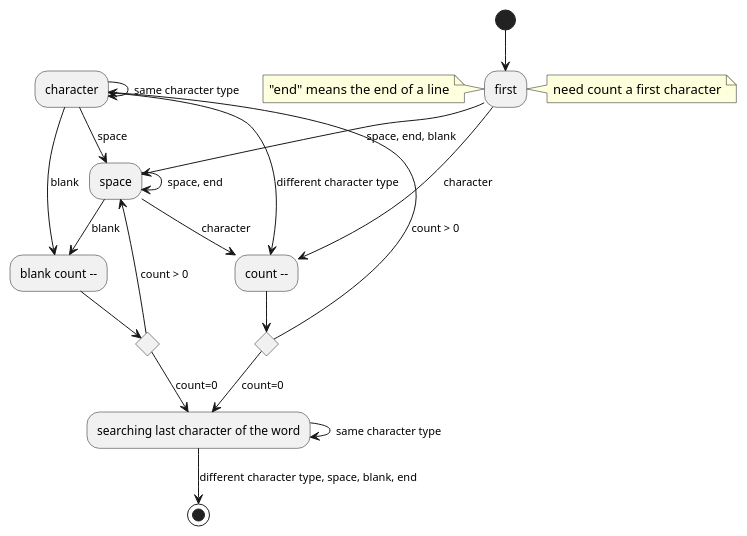
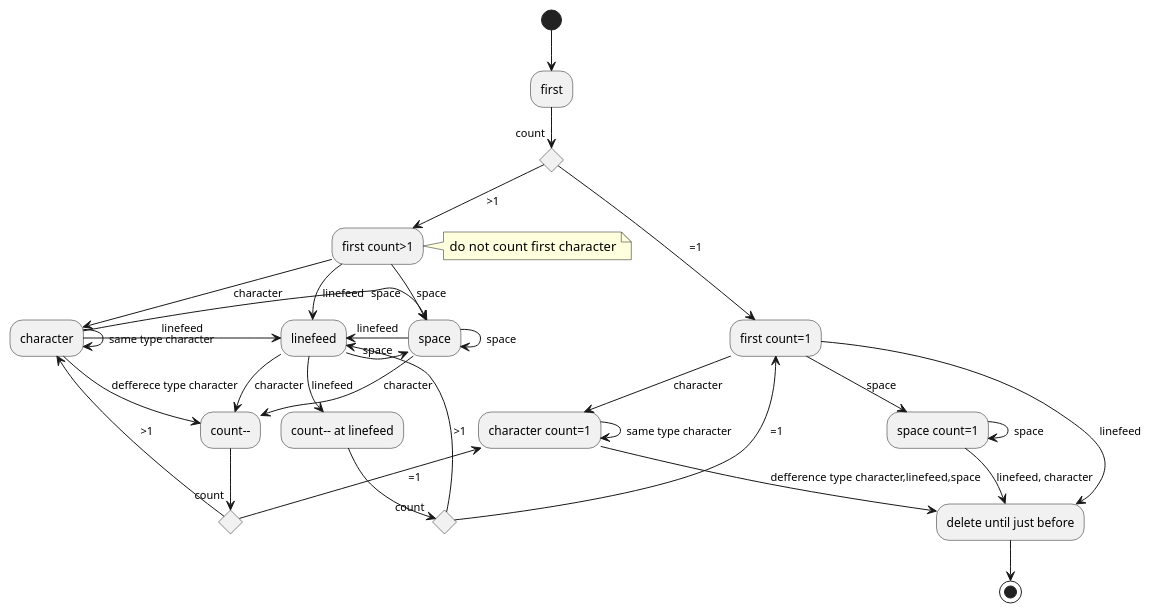
The diagram in src/motion/wordMorionStateModel/cutWord.plantuml (74th/vscode-vim), drawn with PlantUML before and after one commit. The commit also changed other lines of this file and 6 other files, not shown here.

```diff
--- a/src/motion/wordMorionStateModel/cutWord.plantuml
+++ b/src/motion/wordMorionStateModel/cutWord.plantuml
@@ -1,37 +1,44 @@
 @startuml
+
 (*) --> first
-
-note left
-"end" means the end of a line
-end note
-
-note right: need count a first character
-
-first --> [character] "count --"
-first --> [space, end, blank] space
-character --> [same character type] character
-character --> [space] space
-character -down-> [different character type] "count --"
-
-if "" then
---> [count=0] "searching last character of the word"
+if "count" then
+--> [ =1] "first count=1"
 else
--up-> [count > 0]character
+--> [>1] "first count>1"
+note right :do not count first character
 end if
 
-character --> [blank] "blank count --"
-if "" then
---> [count=0] "searching last character of the word"
+"first count=1" --> [character] "character count=1"
+"first count=1" --> [space] "space count=1"
+"first count=1" --> [linefeed] "delete until just before"
+"character count=1" --> [defference type character,linefeed,space] "delete until just before"
+"character count=1" -> [same type character] "character count=1"
+"space count=1" -> [space] "space count=1"
+"space count=1" --> [linefeed, character] "delete until just before"
+"delete until just before" --> (*)
+
+"first count>1" --> [character] "character"
+"first count>1" --> [space] "space"
+"first count>1" --> [linefeed] "linefeed"
+"character" --> [defferece type character] "count--"
+if "count" then
+-up-> [ =1] "character count=1"
 else
--up-> [count > 0] space
+-up-> [>1] "character"
 end if
-
-space -down-> [character] "count --"
-space -> [space, end] space
-space --> [blank] "blank count --"
-
-"searching last character of the word" --> [same character type] "searching last character of the word"
-"searching last character of the word" --> [different character type, space, blank, end] (*)
-
+"character" -> [same type character] "character"
+"character" -> [space] "space"
+"character" -> [linefeed] "linefeed"
+"space" --> [character] "count--"
+"space" -> [space] "space"
+"space" -> [linefeed] linefeed
+"linefeed" -down-> [linefeed] "count-- at linefeed"
+if "count" then
+-up-> [ =1] "first count=1"
+else
+-up-> [>1] "linefeed"
+end if
+"linefeed" --> [character] "count--"
+"linefeed" -> [space] "space"
 
 @enduml
```
